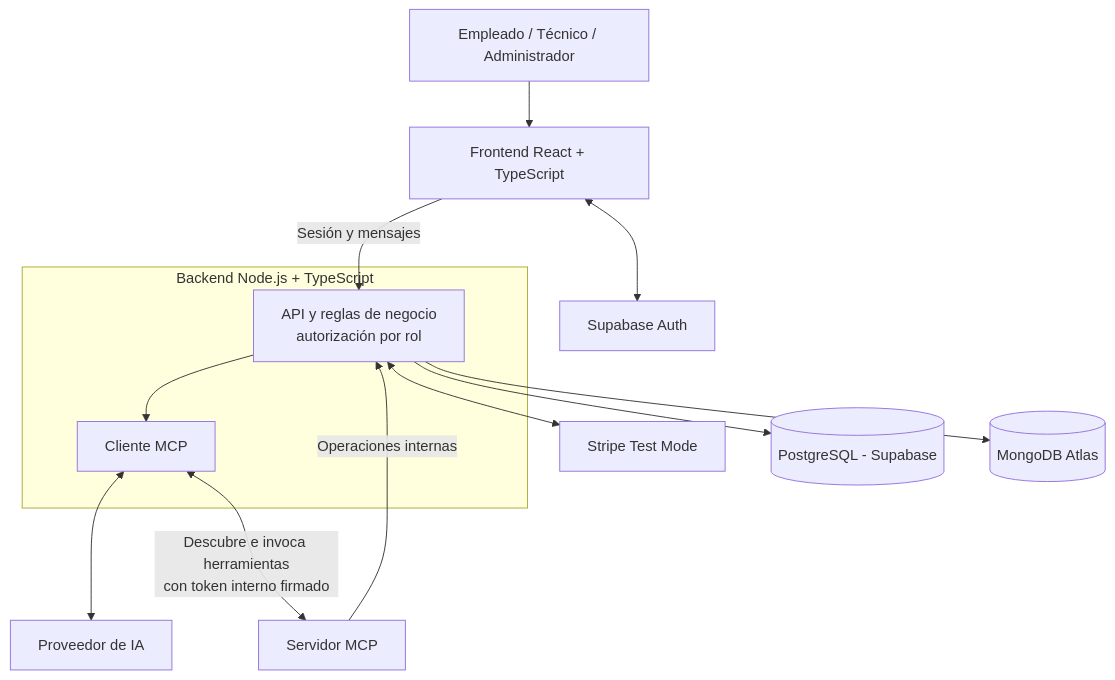
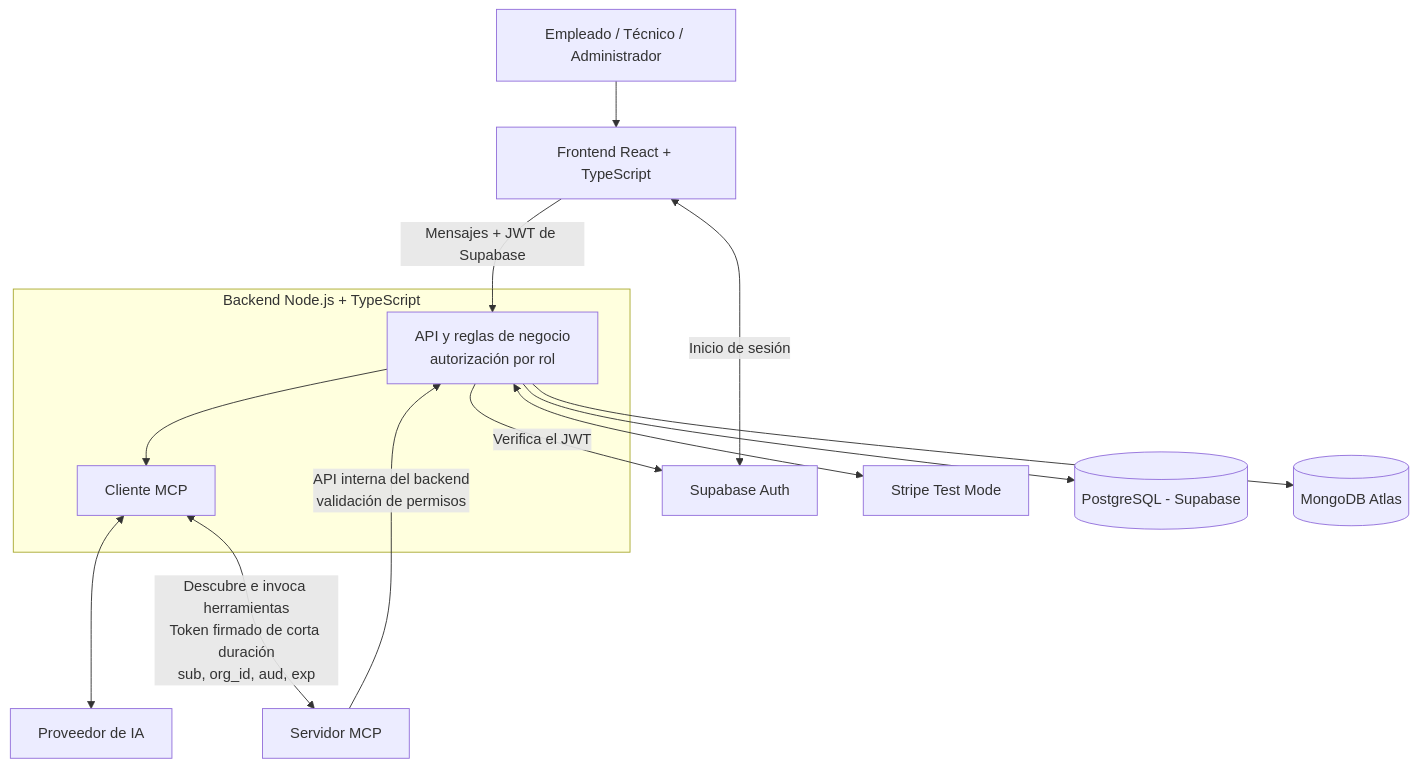
One commit to arnoldoaguilardeleon-eng/NexDesk changed the first of 2 diagrams in docs/AVANCE-1.md. Above: the diagram before and after it, drawn with Mermaid. The commit also changed other lines of this file, not shown here.

Commit message:
xdd
Updated group and repository information, refined API interactions, and clarified deployment notes.

````diff
--- a/docs/AVANCE-1.md
+++ b/docs/AVANCE-1.md
@@ -57,28 +58,29 @@
 ```mermaid
 flowchart TD
     U[Empleado / Técnico / Administrador]
     FE[Frontend React + TypeScript]
     AUTH[Supabase Auth]
     PAY[Stripe Test Mode]
     AI[Proveedor de IA]
 
     subgraph BACK[Backend Node.js + TypeScript]
         API[API y reglas de negocio<br/>autorización por rol]
         MC[Cliente MCP]
     end
 
     MS[Servidor MCP]
     PG[(PostgreSQL - Supabase)]
     MG[(MongoDB Atlas)]
 
     U --> FE
-    FE <--> AUTH
-    FE -->|Sesión y mensajes| API
+    FE <-->|Inicio de sesión| AUTH
+    FE -->|Mensajes + JWT de Supabase| API
+    API -->|Verifica el JWT| AUTH
     API --> MC
     MC <--> AI
-    MC <-->|Descubre e invoca herramientas<br/>con token interno firmado| MS
-    MS -->|Operaciones internas| API
+    MC <-->|Descubre e invoca herramientas<br/>Token firmado de corta duración<br/>sub, org_id, aud, exp| MS
+    MS -->|API interna del backend<br/>validación de permisos| API
     API --> PG
     API --> MG
     API <--> PAY
 ```
````
